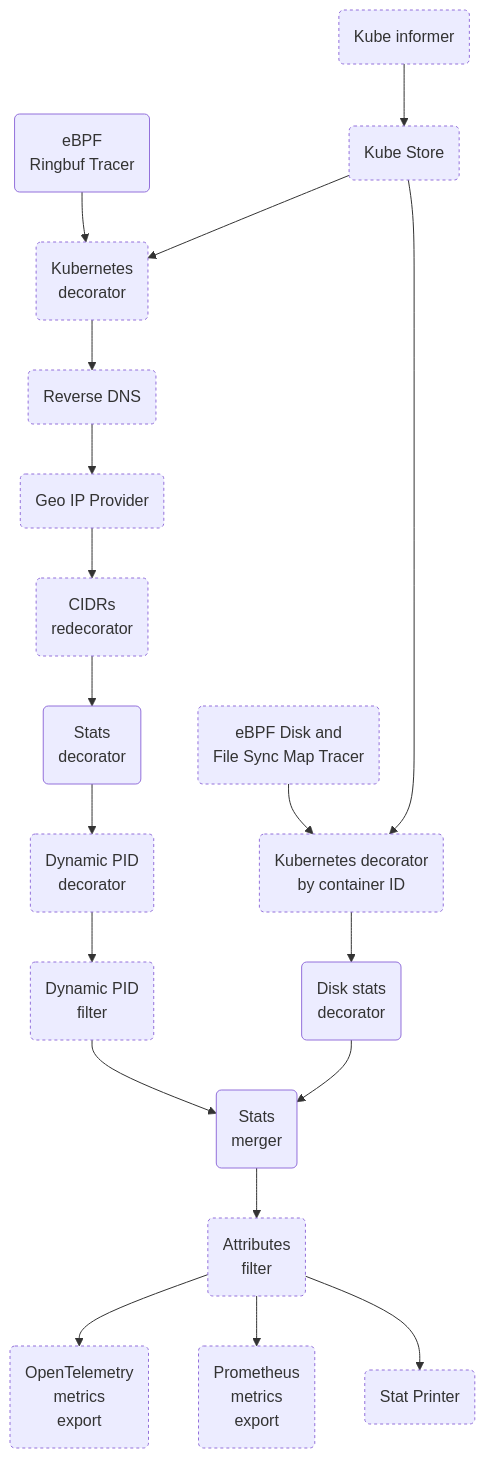
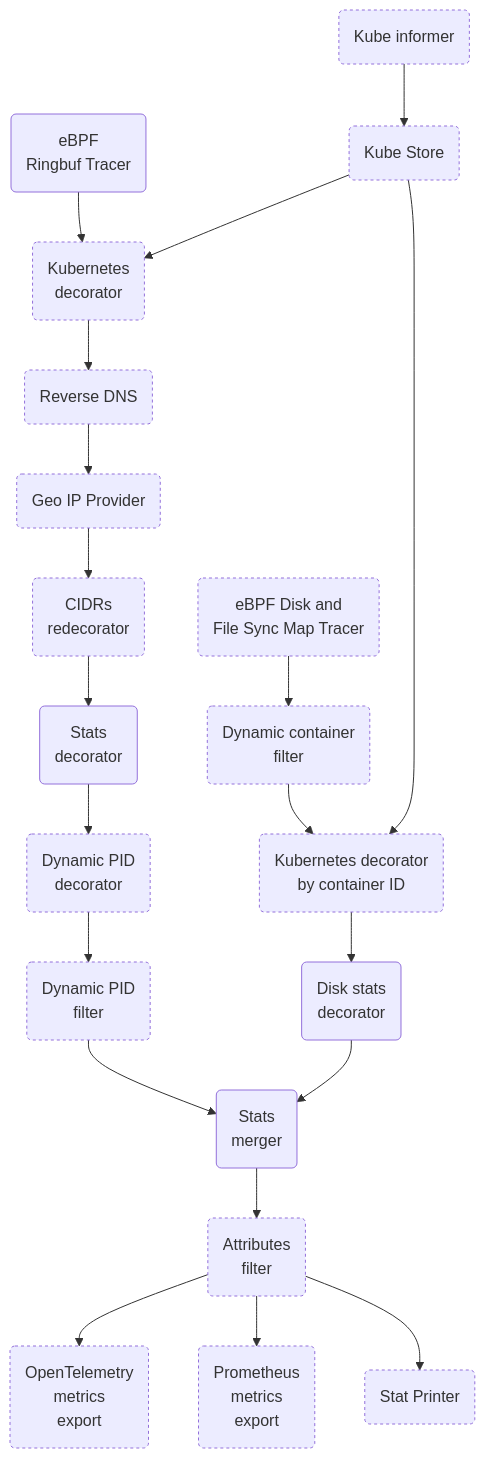
The third of 3 diagrams in devdocs/pipeline-map.md (TheDwingMAN/opentelemetry-ebpf-instrumentation), drawn with Mermaid before and after one commit. The commit also changed 14 other files, not shown here.

````diff
--- a/devdocs/pipeline-map.md
+++ b/devdocs/pipeline-map.md
@@ -103,22 +103,23 @@
 ```mermaid
 flowchart TD
     classDef optional stroke-dasharray: 3 3;
     RT(eBPF<br/>Ringbuf Tracer) --> K8S
     KIN(Kube informer):::optional --> KSTORE
     KSTORE(Kube Store):::optional --> K8S
     K8S(Kubernetes<br/>decorator):::optional --> RDNS
     RDNS(Reverse DNS):::optional --> GeoIP
     GeoIP(Geo IP Provider):::optional --> CIDRS
     CIDRS(CIDRs<br/>redecorator):::optional --> DEC
     DEC(Stats<br/>decorator) --> DPD
     DPD(Dynamic PID<br/>decorator):::optional --> DPF
     DPF(Dynamic PID<br/>filter):::optional --> MRG
-    DMT(eBPF Disk and<br/>File Sync Map Tracer):::optional --> DK8S
+    DMT(eBPF Disk and<br/>File Sync Map Tracer):::optional --> DCF
+    DCF(Dynamic container<br/>filter):::optional --> DK8S
     KSTORE --> DK8S
     DK8S(Kubernetes decorator<br/>by container ID):::optional --> DDEC
     DDEC(Disk stats<br/>decorator) --> MRG
     MRG(Stats<br/>merger) --> FLTR
     FLTR(Attributes<br/>filter):::optional --> OTEL(OpenTelemetry<br/>metrics<br/>export):::optional
     FLTR --> PROM(Prometheus<br/>metrics<br/>export):::optional
     FLTR --> StatPrinter(Stat Printer):::optional
 ```
````
